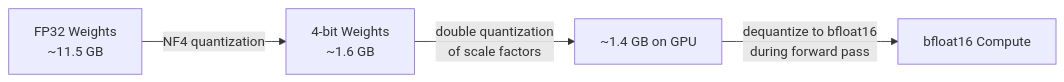
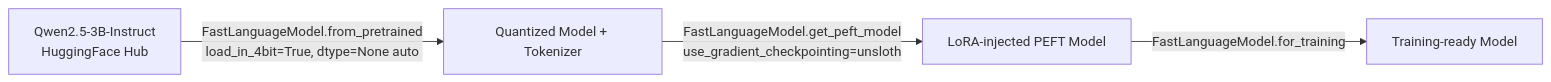
The second of 4 diagrams in README.md (nasim-raj-laskar/QwenDrive-QLoRA), drawn with Mermaid before and after one commit. The commit also changed other lines of this file, not shown here.

Commit message:
Documentation Update with Unsloth-Related Changes

````diff
--- a/README.md
+++ b/README.md
@@ -49,6 +47,6 @@
 ```mermaid
 flowchart LR
-    A[FP32 Weights\n~11.5 GB] -->|NF4 quantization| B[4-bit Weights\n~1.6 GB]
-    B -->|double quantization\nof scale factors| C[~1.4 GB on GPU]
-    C -->|dequantize to bfloat16\nduring forward pass| D[bfloat16 Compute]
+    A[Qwen2.5-3B-Instruct\nHuggingFace Hub] -->|FastLanguageModel.from_pretrained\nload_in_4bit=True, dtype=None auto| B[Quantized Model + Tokenizer]
+    B -->|FastLanguageModel.get_peft_model\nuse_gradient_checkpointing=unsloth| C[LoRA-injected PEFT Model]
+    C -->|FastLanguageModel.for_training| D[Training-ready Model]
 ```
````
